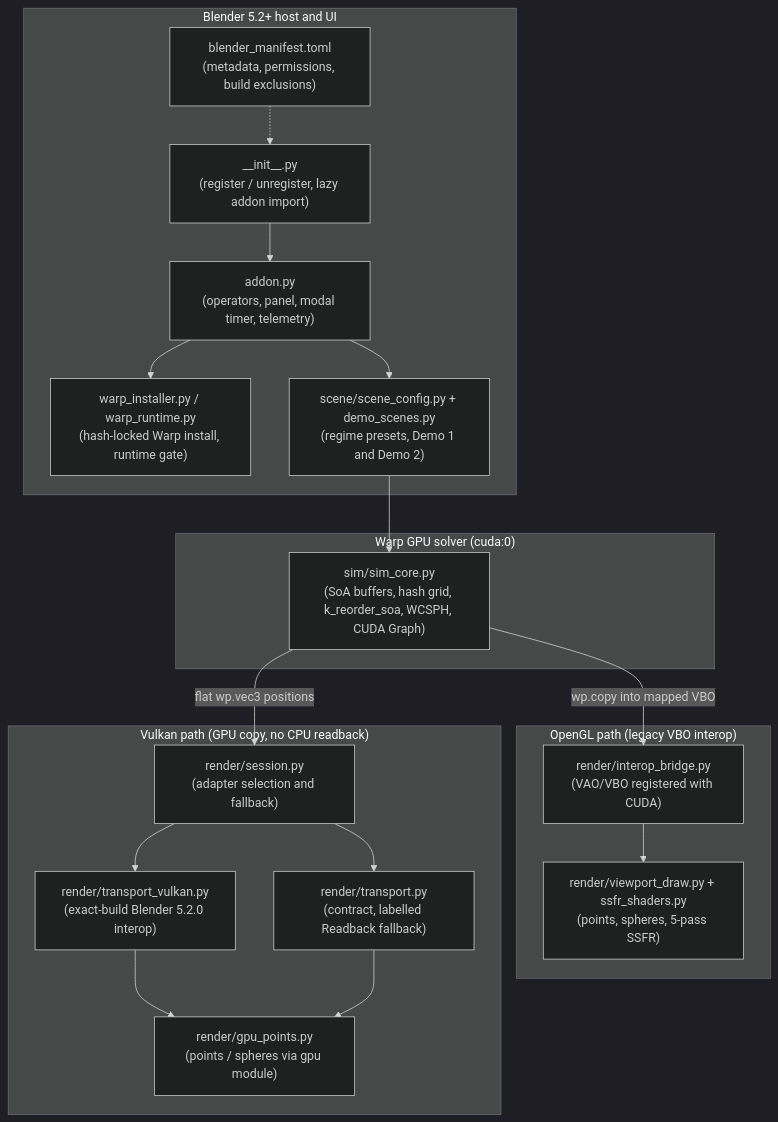
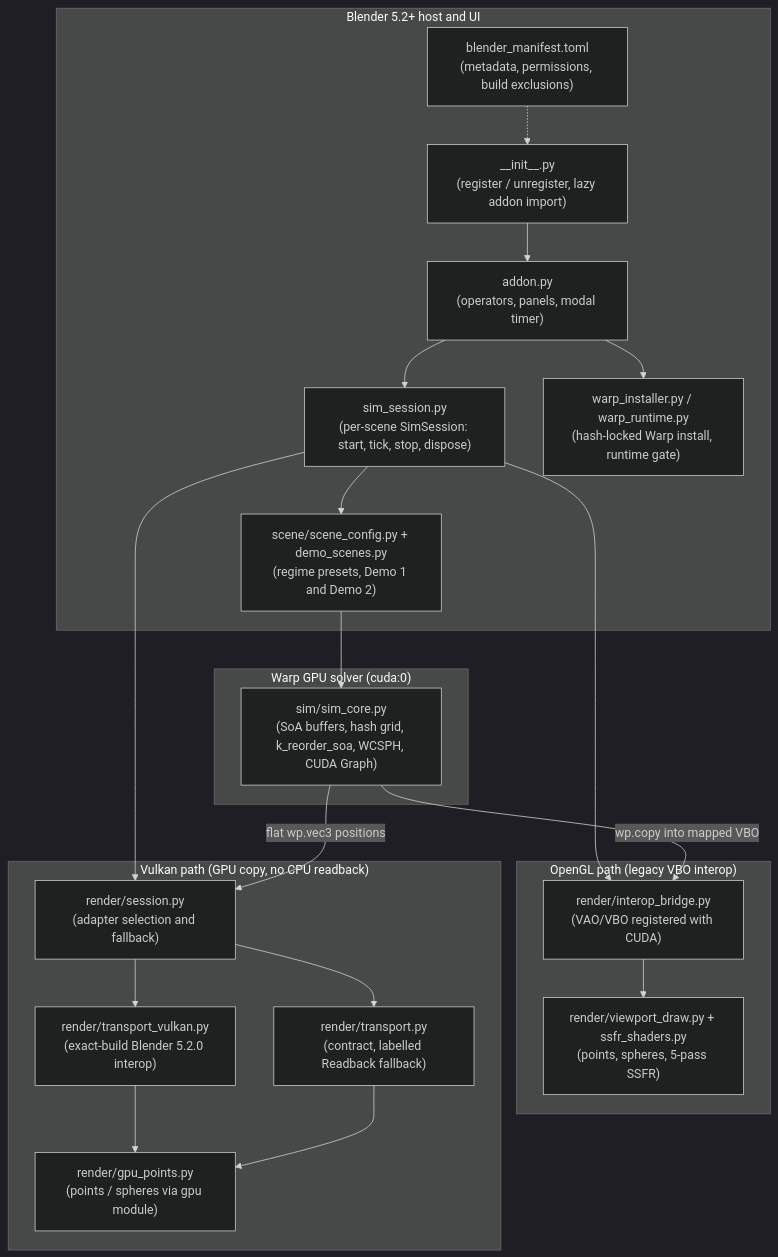
The diagram in docs/ARCHITECTURE.md (trdillman/warp_sph_realtime), drawn with Mermaid (dark theme) before and after one commit. The commit also changed other lines of this file and 8 other files, not shown here.

First line of the commit message:
refactor: per-scene SimSession owns all runtime state (P1.1)

````diff
--- a/docs/ARCHITECTURE.md
+++ b/docs/ARCHITECTURE.md
@@ -11,39 +11,43 @@
 ```mermaid
 graph TD
     subgraph Host ["Blender 5.2+ host and UI"]
         Manifest["blender_manifest.toml<br/>(metadata, permissions, build exclusions)"]
         Init["__init__.py<br/>(register / unregister, lazy addon import)"]
-        Addon["addon.py<br/>(operators, panel, modal timer, telemetry)"]
+        Addon["addon.py<br/>(operators, panels, modal timer)"]
+        SimSession["sim_session.py<br/>(per-scene SimSession: start, tick, stop, dispose)"]
         Installer["warp_installer.py / warp_runtime.py<br/>(hash-locked Warp install, runtime gate)"]
         SceneCfg["scene/scene_config.py + demo_scenes.py<br/>(regime presets, Demo 1 and Demo 2)"]
     end
 
     subgraph Solver ["Warp GPU solver (cuda:0)"]
         SimCore["sim/sim_core.py<br/>(SoA buffers, hash grid, k_reorder_soa, WCSPH, CUDA Graph)"]
     end
 
     subgraph GL ["OpenGL path (legacy VBO interop)"]
         Interop["render/interop_bridge.py<br/>(VAO/VBO registered with CUDA)"]
         ViewDraw["render/viewport_draw.py + ssfr_shaders.py<br/>(points, spheres, 5-pass SSFR)"]
     end
 
     subgraph VK ["Vulkan path (GPU copy, no CPU readback)"]
         Session["render/session.py<br/>(adapter selection and fallback)"]
         Transport["render/transport.py<br/>(contract, labelled Readback fallback)"]
         VkTransport["render/transport_vulkan.py<br/>(exact-build Blender 5.2.0 interop)"]
         GpuPoints["render/gpu_points.py<br/>(points / spheres via gpu module)"]
     end
 
     Manifest -.-> Init
     Init --> Addon
     Addon --> Installer
-    Addon --> SceneCfg
+    Addon --> SimSession
+    SimSession --> SceneCfg
+    SimSession --> Session
+    SimSession --> Interop
     SceneCfg --> SimCore
     SimCore -->|"wp.copy into mapped VBO"| Interop
     Interop --> ViewDraw
     SimCore -->|"flat wp.vec3 positions"| Session
     Session --> VkTransport
     Session --> Transport
     VkTransport --> GpuPoints
     Transport --> GpuPoints
 ```
````
